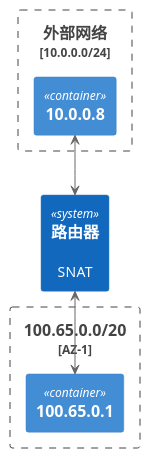
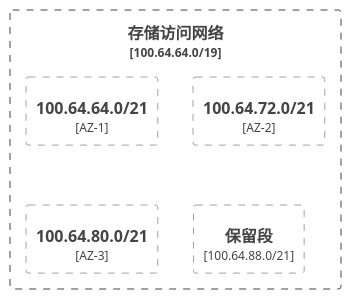
The sixth of 8 diagrams in 云与虚拟化/调度系统/k8s/实践/k8s生产集群部署/1. 网络规划/readme.md (gardenerframework/impatiens), drawn with PlantUML before and after one commit. The commit also changed other lines of this file and 2 other files, not shown here.

````diff
--- a/云与虚拟化/调度系统/k8s/实践/k8s生产集群部署/1. 网络规划/readme.md
+++ b/云与虚拟化/调度系统/k8s/实践/k8s生产集群部署/1. 网络规划/readme.md
@@ -425,17 +215,11 @@
 ```plantuml
 @startuml
 !include  https://plantuml.s3.cn-north-1.jdcloud-oss.com/C4_Container.puml
-
-Boundary(外部网络, 外部网络, 10.0.0.0/24) {
-    Container(10.0.0.8, 10.0.0.8)
+Boundary(存储访问网络, 存储访问网络, 100.64.64.0/19) {
+  Boundary(存储访问网络1, 100.64.64.0/21, AZ-1)
+  Boundary(存储访问网络2, 100.64.72.0/21, AZ-2)
+  Boundary(存储访问网络3, 100.64.80.0/21, AZ-3)
+  Boundary(存储访问网络4, 保留段, 100.64.88.0/21)
 }
-System(路由器, 路由器, SNAT)
-Boundary(容器流量网, 100.65.0.0/20, AZ-1) {
-    Container(100.65.0.1, 100.65.0.1)
-}
-
-路由器<-u->10.0.0.8
-路由器<-d->100.65.0.1
-
 @enduml
 ```
````
